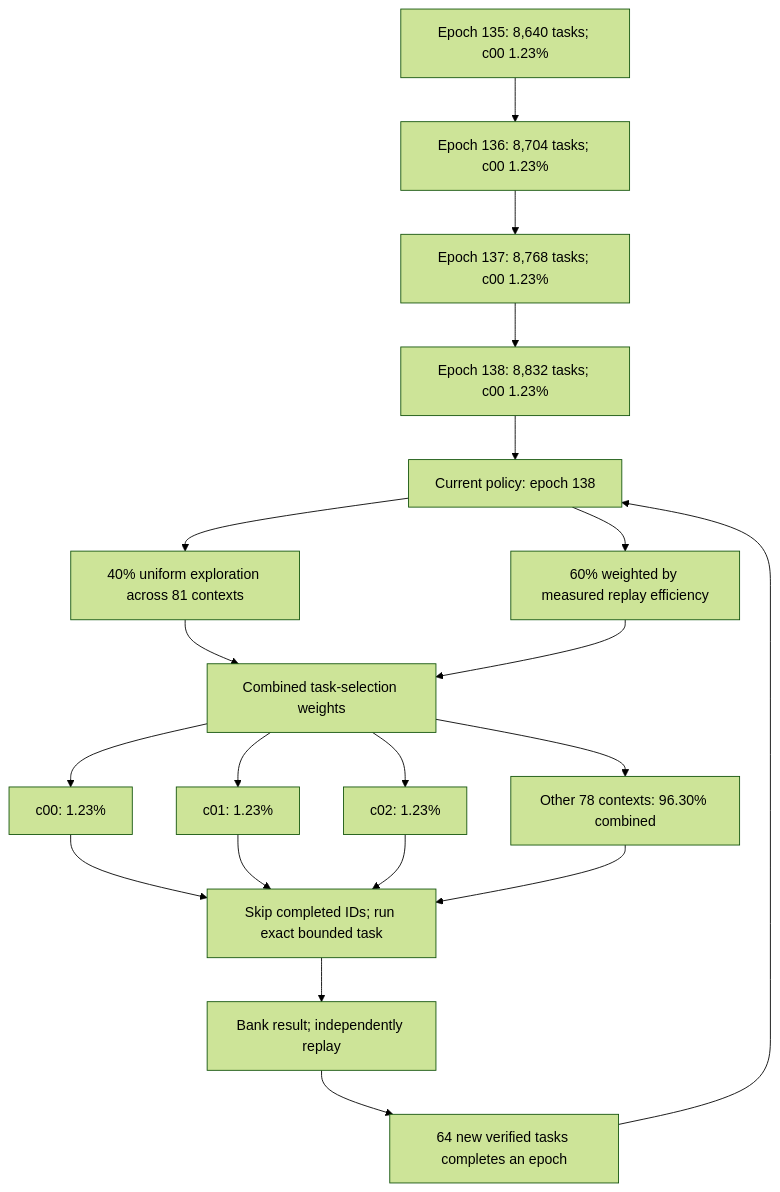
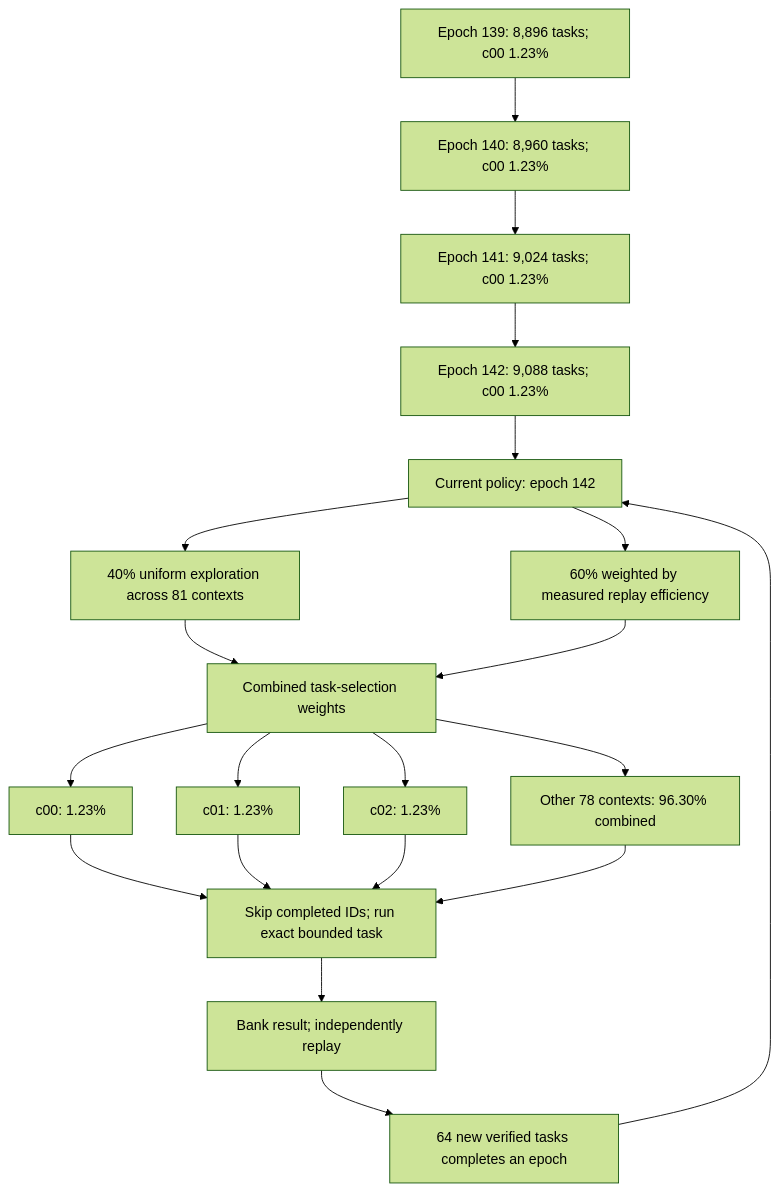
One commit to Kuberwastaken/math-gambling changed the diagram in README.md. Above: the diagram before and after it, drawn with Mermaid (forest theme). The commit also changed other lines of this file and 595 other files, not shown here.

````diff
--- a/README.md
+++ b/README.md
@@ -48,27 +48,27 @@
 ```mermaid
 flowchart TD
-    H0["Epoch 135: 8,640 tasks; c00 1.23%"]
-    H1["Epoch 136: 8,704 tasks; c00 1.23%"]
+    H0["Epoch 139: 8,896 tasks; c00 1.23%"]
+    H1["Epoch 140: 8,960 tasks; c00 1.23%"]
     H0 --> H1
-    H2["Epoch 137: 8,768 tasks; c00 1.23%"]
+    H2["Epoch 141: 9,024 tasks; c00 1.23%"]
     H1 --> H2
-    H3["Epoch 138: 8,832 tasks; c00 1.23%"]
+    H3["Epoch 142: 9,088 tasks; c00 1.23%"]
     H2 --> H3
-    Policy["Current policy: epoch 138"]
+    Policy["Current policy: epoch 142"]
     H3 --> Policy
     Policy --> Explore["40% uniform exploration across 81 contexts"]
     Policy --> Cost["60% weighted by measured replay efficiency"]
     Explore --> Mix["Combined task-selection weights"]
     Cost --> Mix
     Mix --> C0["c00: 1.23%"]
     Mix --> C1["c01: 1.23%"]
     Mix --> C2["c02: 1.23%"]
     Mix --> Rest["Other 78 contexts: 96.30% combined"]
     C0 --> Check["Skip completed IDs; run exact bounded task"]
     C1 --> Check
     C2 --> Check
     Rest --> Check
     Check --> Replay["Bank result; independently replay"]
     Replay --> Gate["64 new verified tasks completes an epoch"]
     Gate --> Policy
 ```
````
